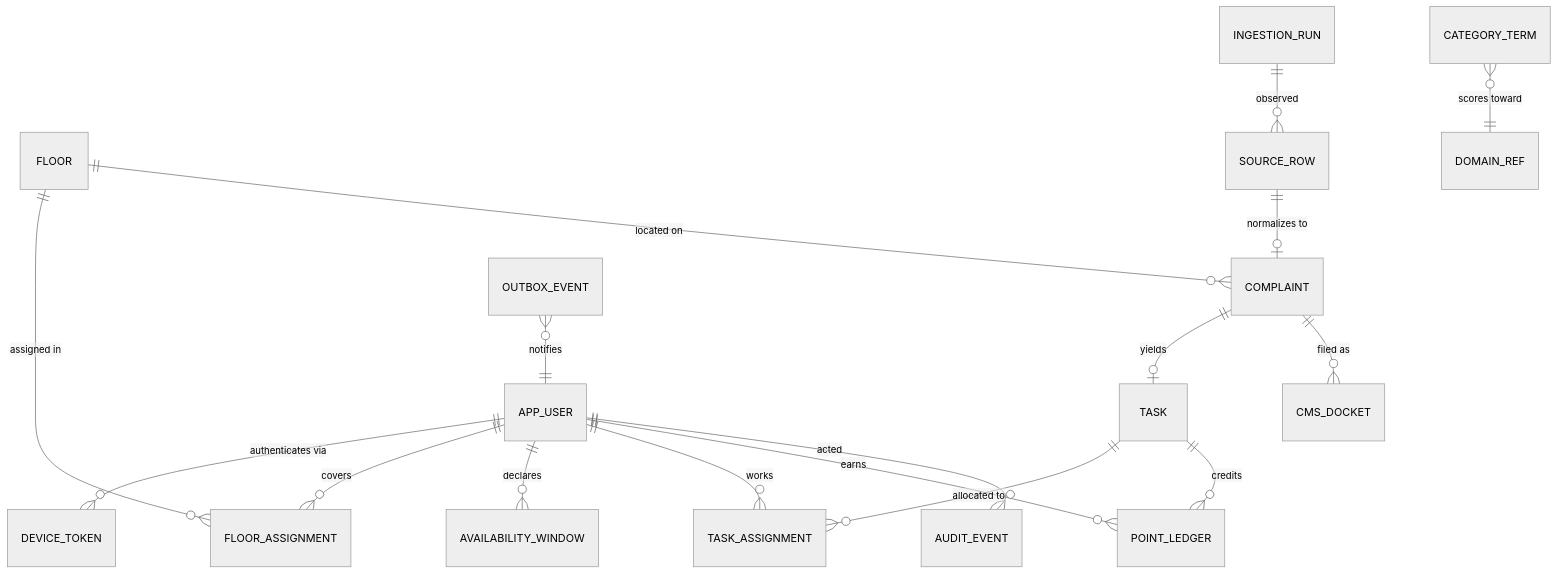
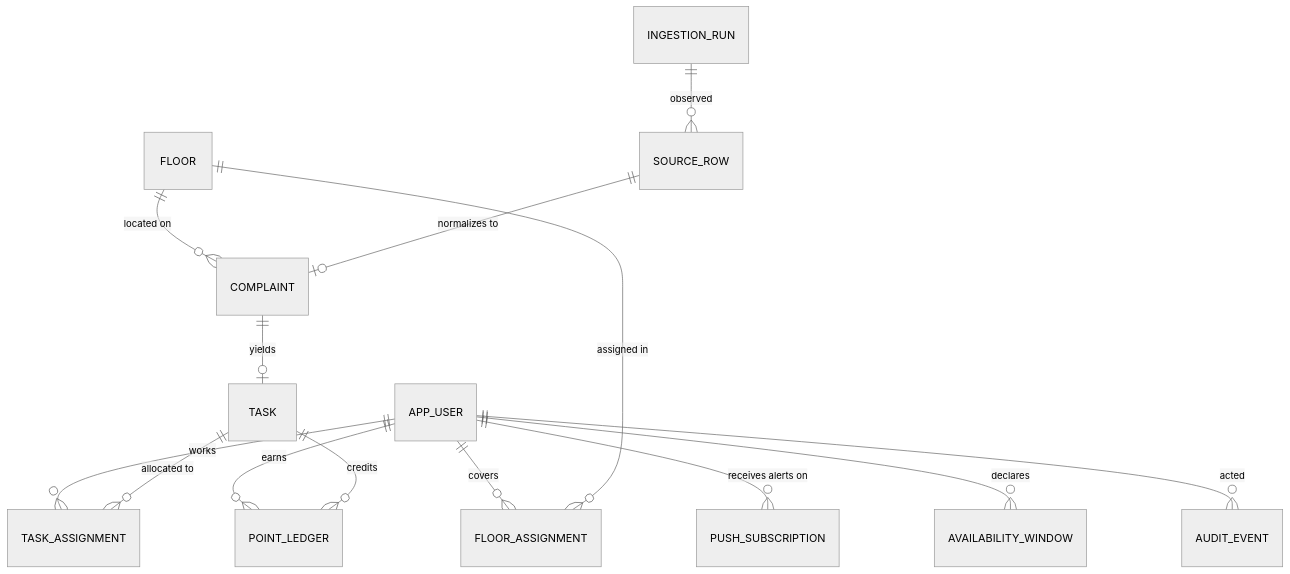
One commit to ajoymathew07/hostel-attender-tracking-system changed the diagram in docs/design/03-data-model.md. Above: the diagram before and after it, drawn with Mermaid (neutral theme). The commit also changed other lines of this file and 14 other files, not shown here.

````diff
--- a/docs/design/03-data-model.md
+++ b/docs/design/03-data-model.md
@@ -16,23 +19,20 @@
 ```mermaid
 erDiagram
-    APP_USER ||--o{ DEVICE_TOKEN : "authenticates via"
+    APP_USER ||--o{ PUSH_SUBSCRIPTION : "receives alerts on"
     APP_USER ||--o{ FLOOR_ASSIGNMENT : "covers"
     APP_USER ||--o{ AVAILABILITY_WINDOW : "declares"
     APP_USER ||--o{ TASK_ASSIGNMENT : "works"
     APP_USER ||--o{ POINT_LEDGER : "earns"
 
     FLOOR ||--o{ FLOOR_ASSIGNMENT : "assigned in"
     FLOOR ||--o{ COMPLAINT : "located on"
 
     SOURCE_ROW ||--o| COMPLAINT : "normalizes to"
     INGESTION_RUN ||--o{ SOURCE_ROW : "observed"
 
     COMPLAINT ||--o| TASK : "yields"
-    COMPLAINT ||--o{ CMS_DOCKET : "filed as"
     TASK ||--o{ TASK_ASSIGNMENT : "allocated to"
     TASK ||--o{ POINT_LEDGER : "credits"
 
     APP_USER ||--o{ AUDIT_EVENT : "acted"
-    CATEGORY_TERM }o--|| DOMAIN_REF : "scores toward"
-    OUTBOX_EVENT }o--|| APP_USER : "notifies"
 ```
````
